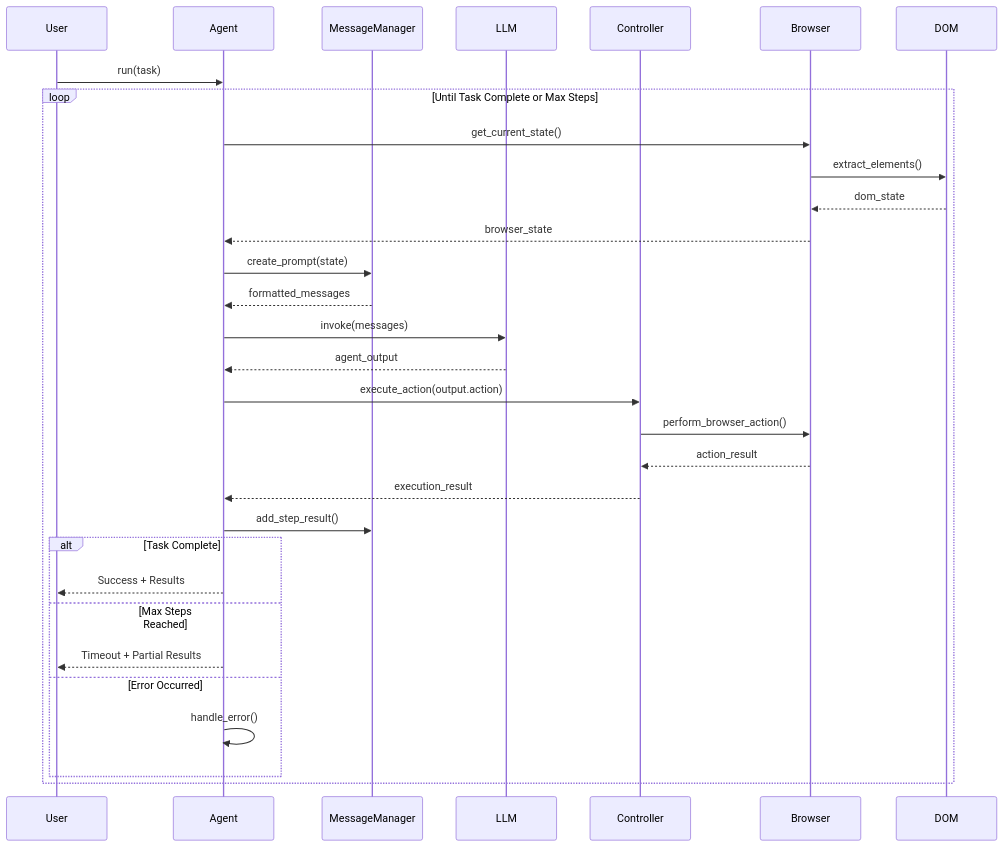
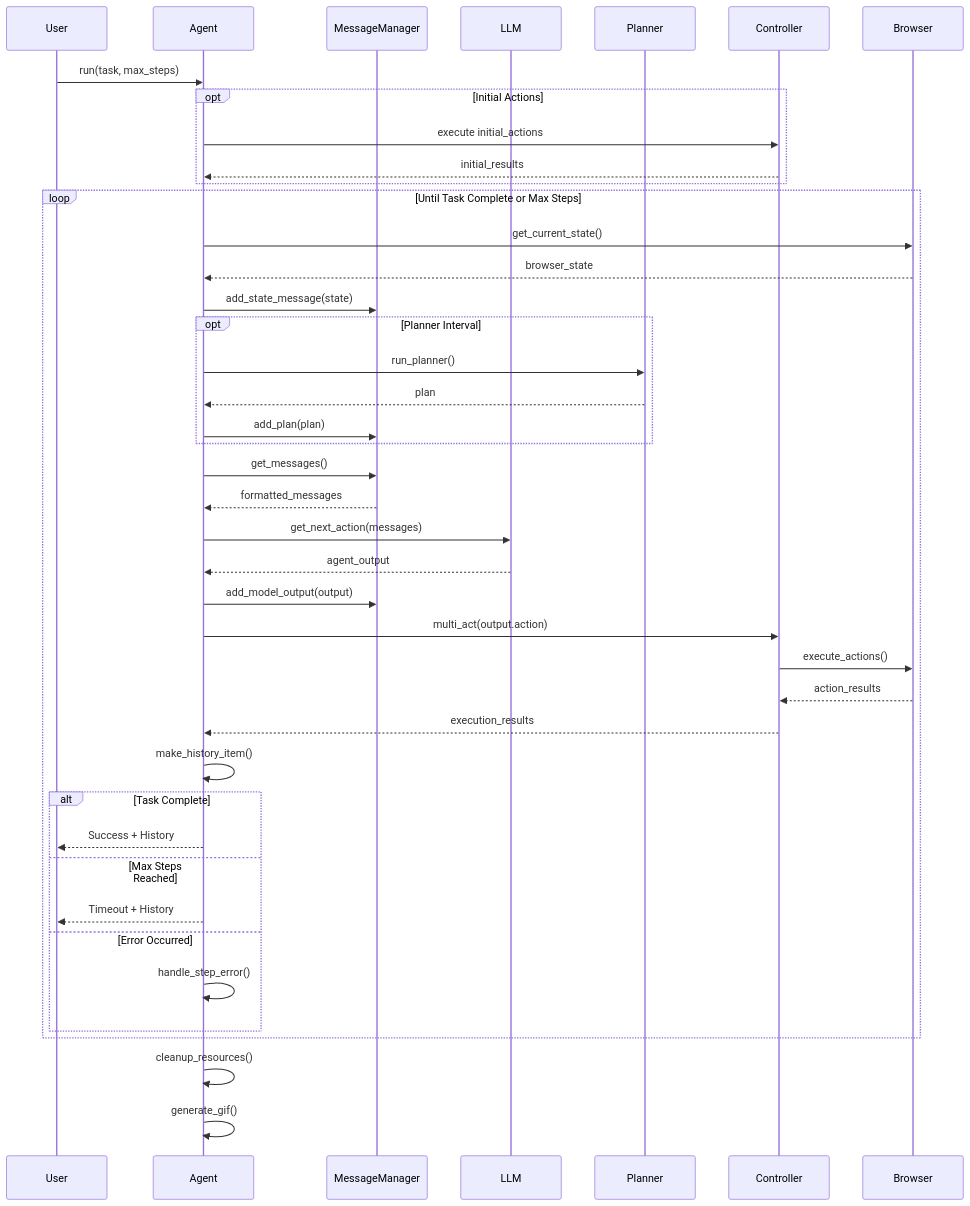
The sixth of 8 diagrams in docs/agent-implementation.md (Sathursan-S/Browser.AI), drawn with Mermaid before and after one commit. The commit also changed other lines of this file, not shown here.

Commit message:
Fix agent implementation documentation to reflect actual codebase - remove non-existent LangGraph and CrewAI agents

````diff
--- a/docs/agent-implementation.md
+++ b/docs/agent-implementation.md
@@ -302,40 +373,56 @@
 ```mermaid
 sequenceDiagram
     participant User
     participant Agent
     participant MessageManager
     participant LLM
+    participant Planner
     participant Controller
     participant Browser
-    participant DOM
     
-    User->>Agent: run(task)
+    User->>Agent: run(task, max_steps)
+    
+    opt Initial Actions
+        Agent->>Controller: execute initial_actions
+        Controller-->>Agent: initial_results
+    end
     
     loop Until Task Complete or Max Steps
         Agent->>Browser: get_current_state()
-        Browser->>DOM: extract_elements()
-        DOM-->>Browser: dom_state
         Browser-->>Agent: browser_state
         
-        Agent->>MessageManager: create_prompt(state)
+        Agent->>MessageManager: add_state_message(state)
+        
+        opt Planner Interval
+            Agent->>Planner: run_planner()
+            Planner-->>Agent: plan
+            Agent->>MessageManager: add_plan(plan)
+        end
+        
+        Agent->>MessageManager: get_messages()
         MessageManager-->>Agent: formatted_messages
         
-        Agent->>LLM: invoke(messages)
+        Agent->>LLM: get_next_action(messages)
         LLM-->>Agent: agent_output
         
-        Agent->>Controller: execute_action(output.action)
-        Controller->>Browser: perform_browser_action()
-        Browser-->>Controller: action_result
-        Controller-->>Agent: execution_result
+        Agent->>MessageManager: add_model_output(output)
         
-        Agent->>MessageManager: add_step_result()
+        Agent->>Controller: multi_act(output.action)
+        Controller->>Browser: execute_actions()
+        Browser-->>Controller: action_results
+        Controller-->>Agent: execution_results
+        
+        Agent->>Agent: make_history_item()
         
         alt Task Complete
-            Agent-->>User: Success + Results
+            Agent-->>User: Success + History
         else Max Steps Reached
-            Agent-->>User: Timeout + Partial Results
+            Agent-->>User: Timeout + History
         else Error Occurred
-            Agent->>Agent: handle_error()
+            Agent->>Agent: handle_step_error()
         end
     end
+    
+    Agent->>Agent: cleanup_resources()
+    Agent->>Agent: generate_gif()
 ```
````
